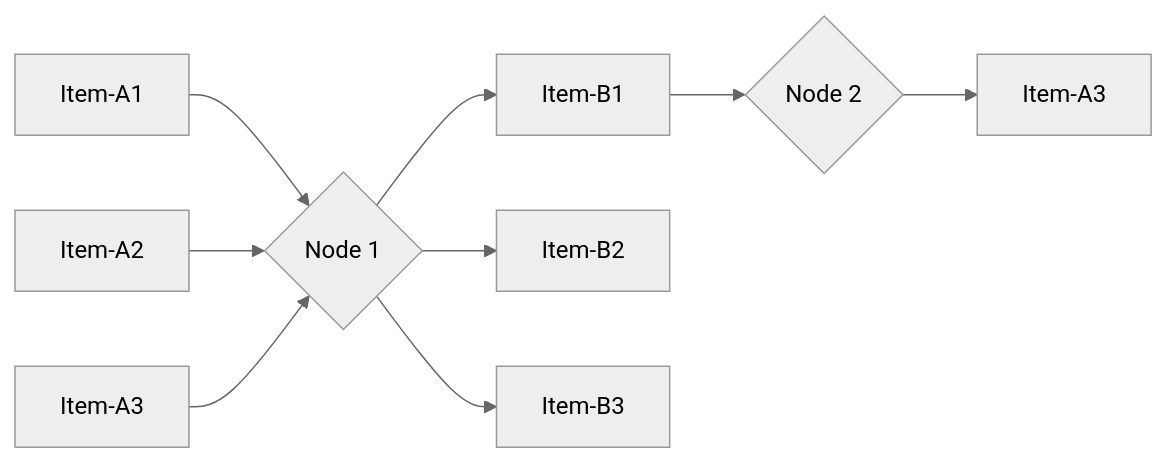
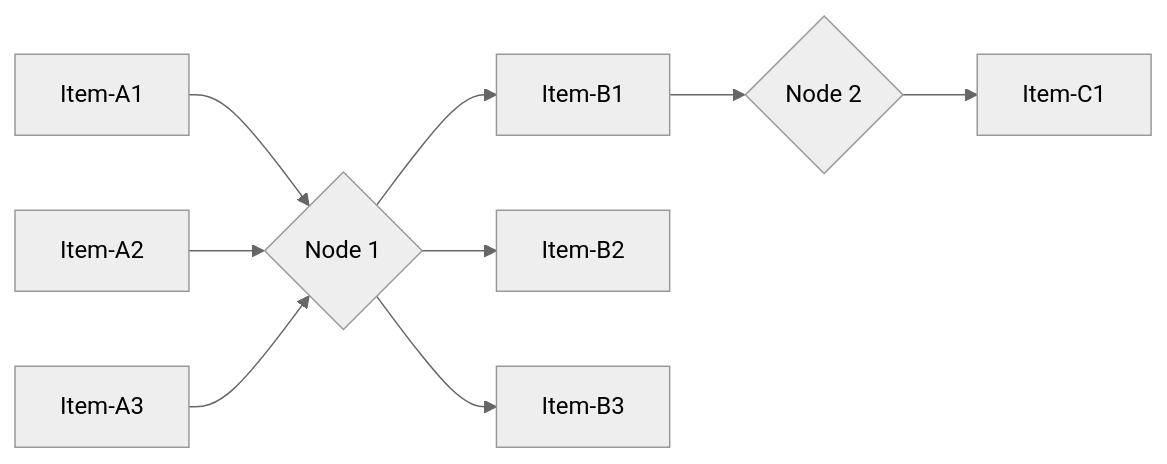
The third of 4 diagrams in docs/data/data-item-linking/item-linking-scenarios.md (n8n-io/n8n-docs), drawn with Mermaid (neutral theme) before and after one commit. The commit also changed other lines of this file and 21 other files, not shown here.

````diff
--- a/docs/data/data-item-linking/item-linking-scenarios.md
+++ b/docs/data/data-item-linking/item-linking-scenarios.md
@@ -34,11 +34,11 @@
 ```mermaid
 flowchart LR
 	A[Item-A1]-->B{Node 1}
 	C[Item-A2]-->B{Node 1}
 	D[Item-A3]-->B{Node 1}
 	B-->E[Item-B1]
 	B-->F[Item-B2]
 	B-->G[Item-B3]
 	E-->H{Node 2}
-	H-->I[Item-A3]
+	H-->I[Item-C1]
 ```
````
